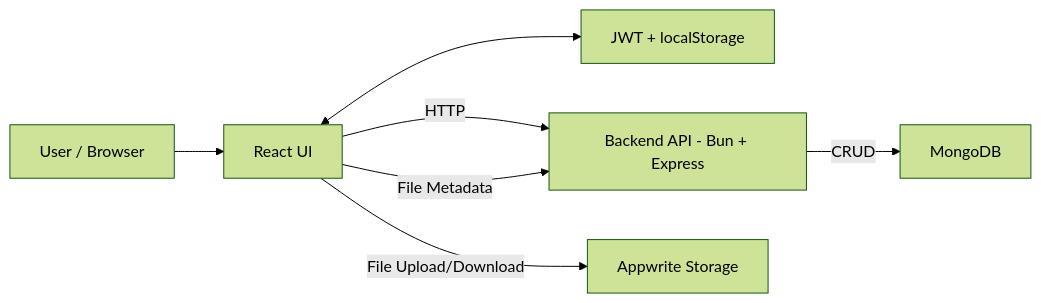
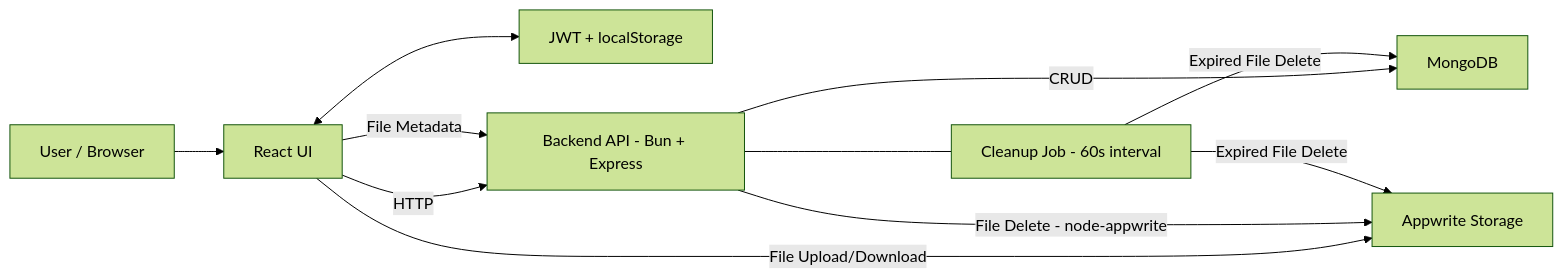
Before and after one commit to psykat1116/LinkVault: the diagram in ARCHITECTURE.md, drawn with Mermaid (forest theme). The commit also changed other lines of this file and 8 other files, not shown here.

````diff
--- a/ARCHITECTURE.md
+++ b/ARCHITECTURE.md
@@ -5,11 +5,16 @@
 ```mermaid
 flowchart LR
   U[User / Browser] --> UI[React UI]
   UI <--> AUTH[JWT + localStorage]
 
   UI -->|HTTP| API[Backend API - Bun + Express]
   API -->|CRUD| DB[MongoDB]
 
   UI -->|File Upload/Download| STORE[Appwrite Storage]
   UI -->|File Metadata| API
+
+  API -->|File Delete - node-appwrite| STORE
+  CLEANUP[Cleanup Job - 60s interval] -->|Expired File Delete| STORE
+  CLEANUP -->|Expired File Delete| DB
+  API --- CLEANUP
 ```
````
